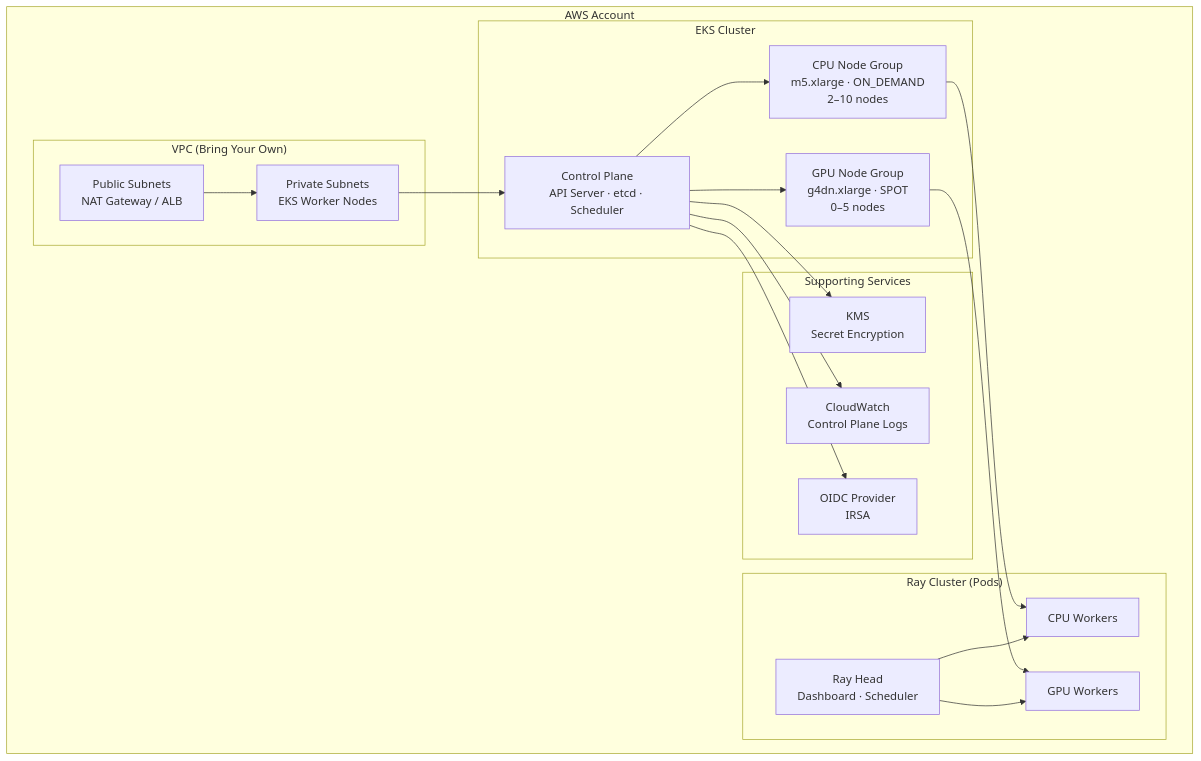
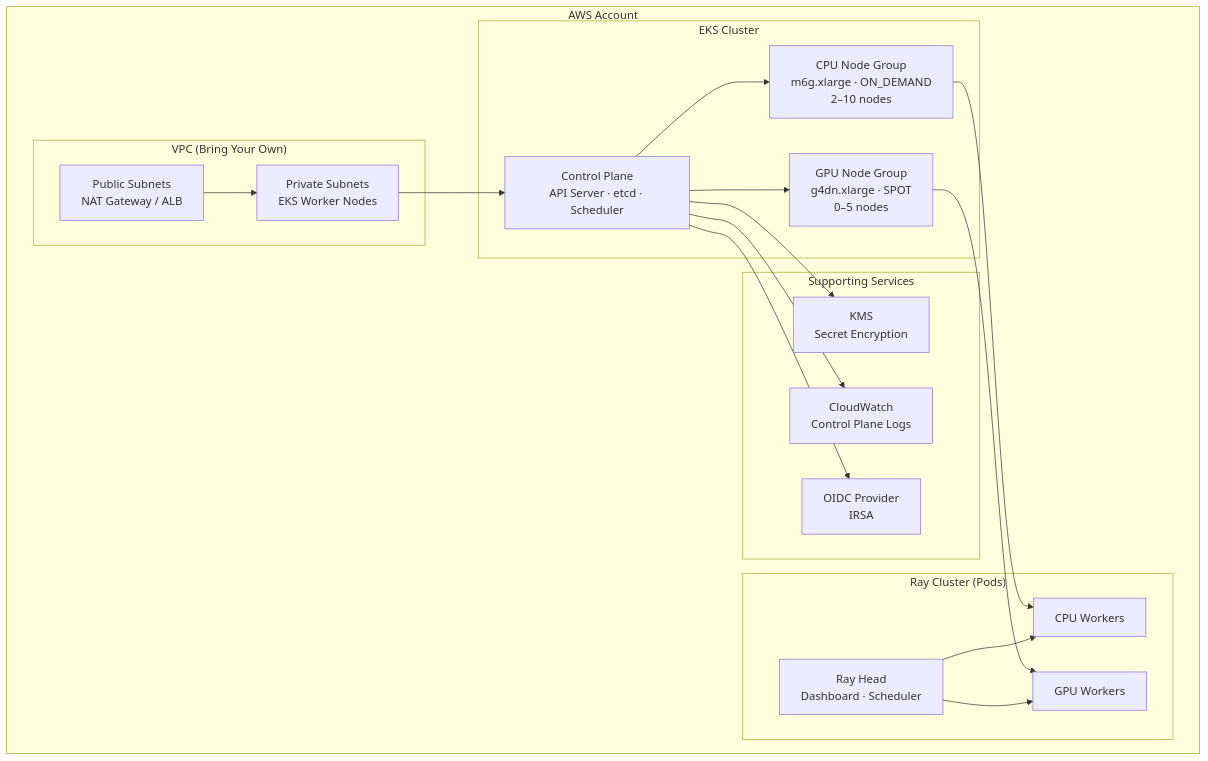
Before and after one commit to ambicuity/Terraform-Driven-Ray-on-Kubernetes-Platform: the first of 2 diagrams in docs/architecture.md, drawn with Mermaid. The commit also changed other lines of this file, not shown here.

First line of the commit message:
fix: [Good First Issue]: Fix incorrect instance type in `docs/architecture.md` (#82)

````diff
--- a/docs/architecture.md
+++ b/docs/architecture.md
@@ -9,39 +9,39 @@
 ```mermaid
 graph TB
     subgraph "AWS Account"
         subgraph "VPC (Bring Your Own)"
             PUB["Public Subnets<br/>NAT Gateway / ALB"]
             PRIV["Private Subnets<br/>EKS Worker Nodes"]
         end
 
         subgraph "EKS Cluster"
             CP["Control Plane<br/>API Server · etcd · Scheduler"]
-            CPU_NG["CPU Node Group<br/>m5.xlarge · ON_DEMAND<br/>2–10 nodes"]
+            CPU_NG["CPU Node Group<br/>m6g.xlarge · ON_DEMAND<br/>2–10 nodes"]
             GPU_NG["GPU Node Group<br/>g4dn.xlarge · SPOT<br/>0–5 nodes"]
         end
 
         subgraph "Supporting Services"
             KMS["KMS<br/>Secret Encryption"]
             CW["CloudWatch<br/>Control Plane Logs"]
             OIDC["OIDC Provider<br/>IRSA"]
         end
 
         subgraph "Ray Cluster (Pods)"
             HEAD["Ray Head<br/>Dashboard · Scheduler"]
             WCPU["CPU Workers"]
             WGPU["GPU Workers"]
         end
     end
 
     PUB --> PRIV
     PRIV --> CP
     CP --> CPU_NG
     CP --> GPU_NG
     CPU_NG --> WCPU
     GPU_NG --> WGPU
     HEAD --> WCPU
     HEAD --> WGPU
     CP --> KMS
     CP --> CW
     CP --> OIDC
 ```
````
